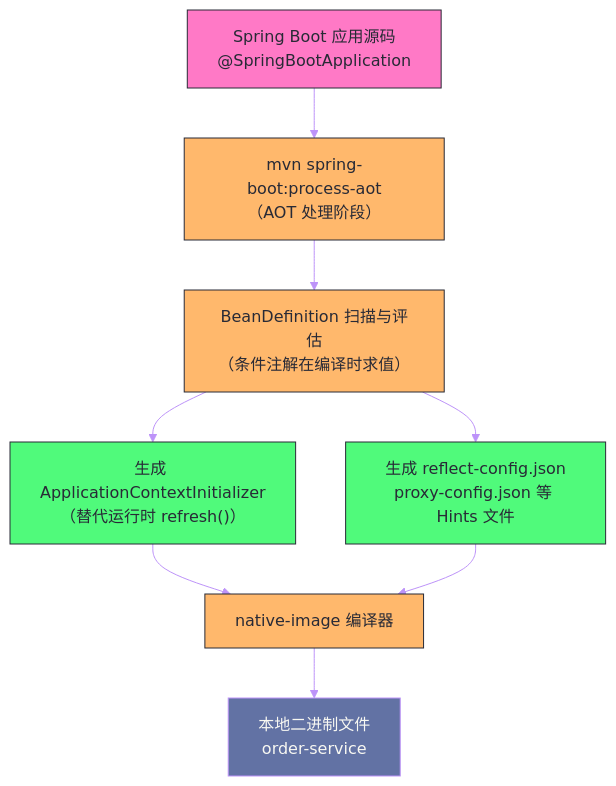
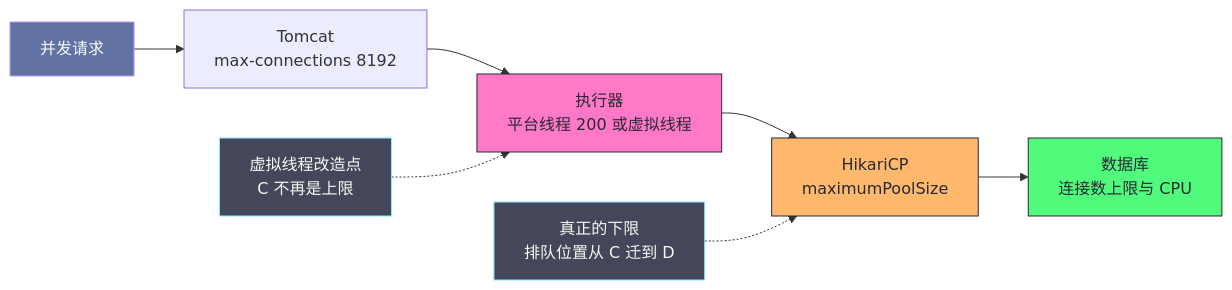
One commit to hpliStartAgain/my-brain changed the fourth of 5 diagrams in content/Java/SpringBoot/10 3.x新特性——GraalVM Native Image与虚拟线程.md. Above: the diagram before and after it, drawn with Mermaid. The commit also changed other lines of this file and 455 other files, not shown here.

````diff
--- a/content/Java/SpringBoot/10 3.x新特性——GraalVM Native Image与虚拟线程.md
+++ b/content/Java/SpringBoot/10 3.x新特性——GraalVM Native Image与虚拟线程.md
@@ -159,22 +586,17 @@
 ```mermaid
-%%{init: {'theme': 'base', 'themeVariables': {'primaryColor': '#6272a4', 'primaryTextColor': '#f8f8f2', 'primaryBorderColor': '#44475a', 'lineColor': '#bd93f9', 'secondaryColor': '#44475a', 'tertiaryColor': '#282a36', 'background': '#282a36', 'mainBkg': '#44475a', 'nodeBorder': '#6272a4', 'clusterBkg': '#282a36', 'titleColor': '#f8f8f2', 'edgeLabelBackground': '#44475a', 'fontFamily': 'monospace'}}}%%
-graph TD
-    classDef source fill:#ff79c6,stroke:#282a36,color:#282a36
-    classDef process fill:#ffb86c,stroke:#282a36,color:#282a36
-    classDef output fill:#50fa7b,stroke:#282a36,color:#282a36
-    classDef binary fill:#6272a4,stroke:#bd93f9,color:#f8f8f2
+%%{init: {'theme': 'dracula'}}%%
+graph LR
+    A["并发请求"] --> B["Tomcat<br/>max-connections 8192"]
+    B --> C["执行器<br/>平台线程 200 或虚拟线程"]
+    C --> D["HikariCP<br/>maximumPoolSize"]
+    D --> E["数据库<br/>连接数上限与 CPU"]
+    F["虚拟线程改造点<br/>C 不再是上限"] -.-> C
+    G["真正的下限<br/>排队位置从 C 迁到 D"] -.-> D
 
-    A["Spring Boot 应用源码</br>@SpringBootApplication"]:::source
-    B["mvn spring-boot:process-aot</br>（AOT 处理阶段）"]:::process
-    C["BeanDefinition 扫描与评估</br>（条件注解在编译时求值）"]:::process
-    D["生成 ApplicationContextInitializer</br>（替代运行时 refresh()）"]:::output
-    E["生成 reflect-config.json</br>proxy-config.json 等 Hints 文件"]:::output
-    F["native-image 编译器"]:::process
-    G["本地二进制文件</br>order-service"]:::binary
-
-    A --> B --> C --> D
-    C --> E
-    D --> F
-    E --> F
-    F --> G
+    style A fill:#6272a4,stroke:#bd93f9,color:#f8f8f2
+    style C fill:#ff79c6,stroke:#282a36,color:#282a36
+    style D fill:#ffb86c,stroke:#282a36,color:#282a36
+    style E fill:#50fa7b,stroke:#282a36,color:#282a36
+    style F fill:#44475a,stroke:#8be9fd,color:#f8f8f2
+    style G fill:#44475a,stroke:#8be9fd,color:#f8f8f2
 ```
````
